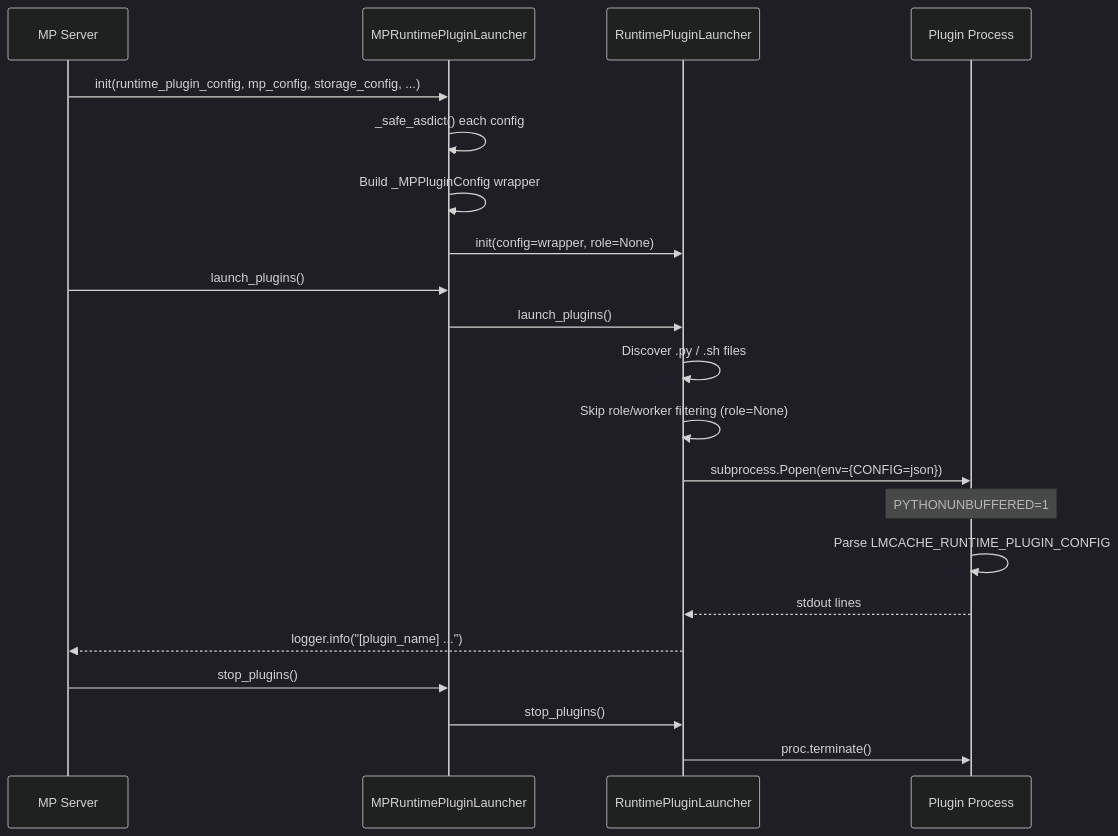
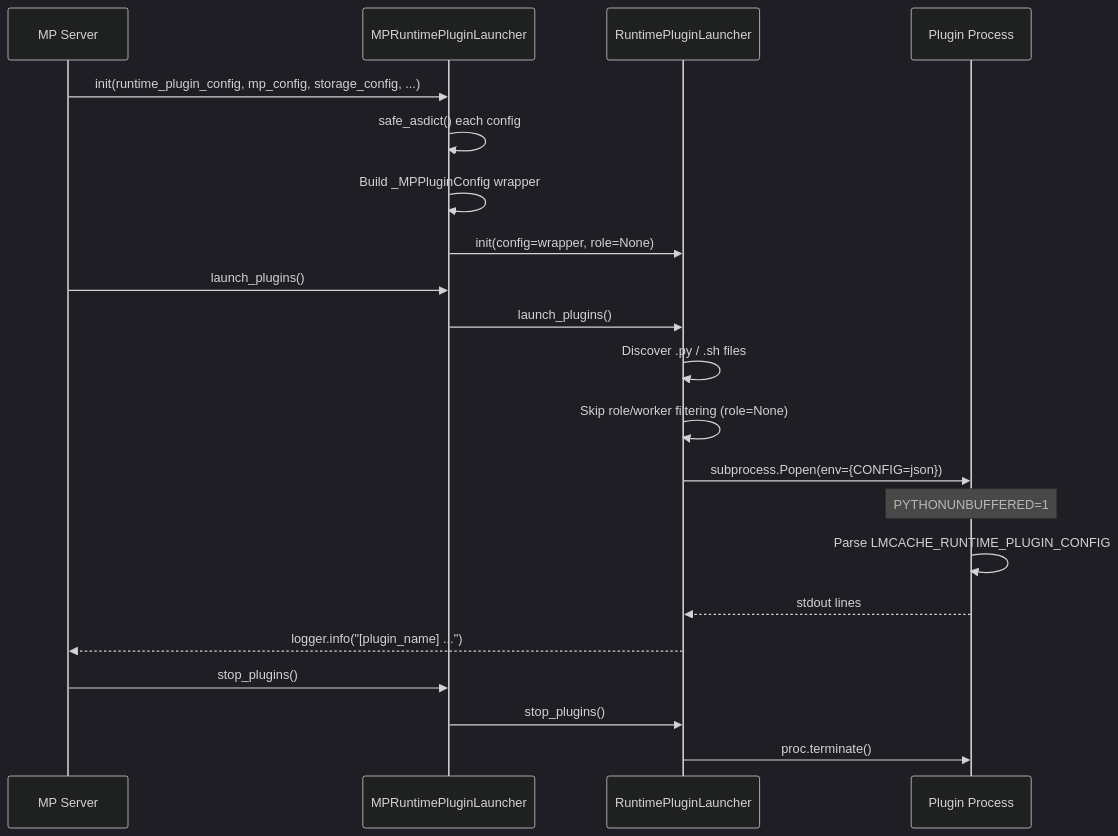
One commit to 1747985437lz-pixel/lmcache changed the second of 3 diagrams in docs/design/v1/multiprocess/mp_runtime_plugin.md. Above: the diagram before and after it, drawn with Mermaid (dark theme). The commit also changed other lines of this file and 13 other files, not shown here.

````diff
--- a/docs/design/v1/multiprocess/mp_runtime_plugin.md
+++ b/docs/design/v1/multiprocess/mp_runtime_plugin.md
@@ -125,26 +128,26 @@
 ```mermaid
 sequenceDiagram
     participant S as MP Server
     participant MPL as MPRuntimePluginLauncher
     participant RPL as RuntimePluginLauncher
     participant P as Plugin Process
 
     S->>MPL: init(runtime_plugin_config, mp_config, storage_config, ...)
-    MPL->>MPL: _safe_asdict() each config
+    MPL->>MPL: safe_asdict() each config
     MPL->>MPL: Build _MPPluginConfig wrapper
     MPL->>RPL: init(config=wrapper, role=None)
 
     S->>MPL: launch_plugins()
     MPL->>RPL: launch_plugins()
     RPL->>RPL: Discover .py / .sh files
     RPL->>RPL: Skip role/worker filtering (role=None)
     RPL->>P: subprocess.Popen(env={CONFIG=json})
     Note over P: PYTHONUNBUFFERED=1
     P->>P: Parse LMCACHE_RUNTIME_PLUGIN_CONFIG
     P-->>RPL: stdout lines
     RPL-->>S: logger.info("[plugin_name] ...")
 
     S->>MPL: stop_plugins()
     MPL->>RPL: stop_plugins()
     RPL->>P: proc.terminate()
 ```
````
